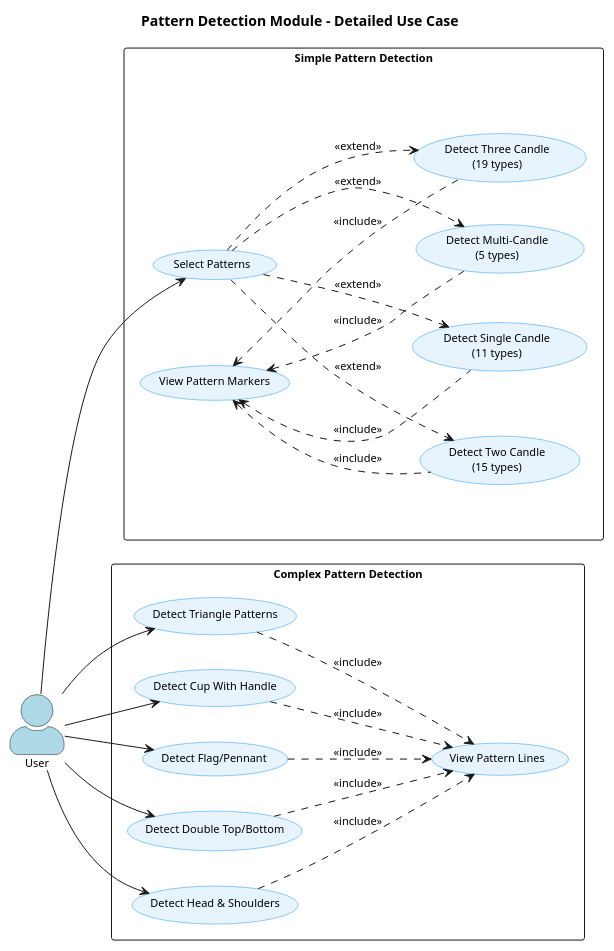
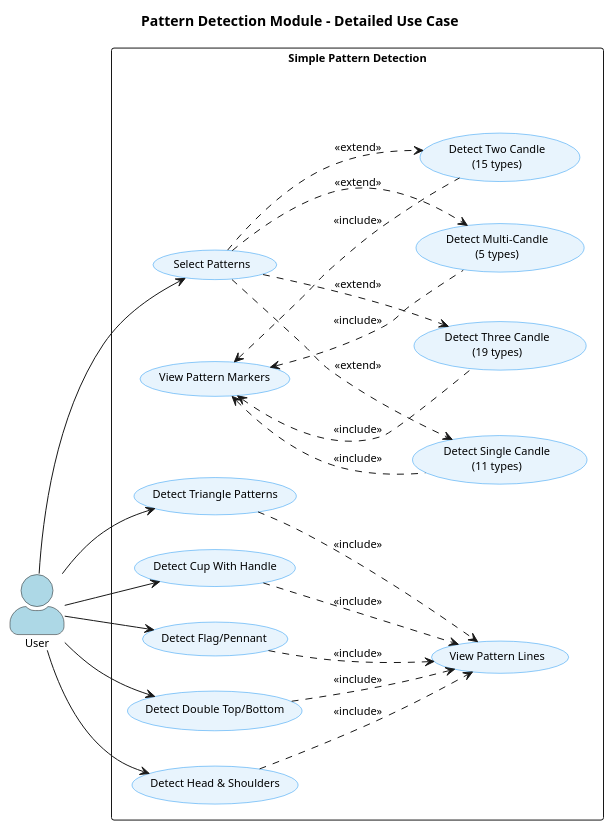
One commit to enel2906/graduation-thesis-diagram changed the diagram in user-case-diagram/04-pattern-detection-use-case.puml. Above: the diagram before and after it, drawn with PlantUML. The commit also changed 38 other files, not shown here.

```diff
--- a/user-case-diagram/04-pattern-detection-use-case.puml
+++ b/user-case-diagram/04-pattern-detection-use-case.puml
@@ -1,56 +1,54 @@
 @startuml Pattern Detection Use Case
 skinparam backgroundColor white
 skinparam actorStyle awesome
 skinparam packageStyle rectangle
 skinparam defaultFontName Arial
 skinparam defaultFontSize 11
 skinparam usecaseBackgroundColor #E8F4FD
 skinparam usecaseBorderColor #2196F3
 
 title Pattern Detection Module - Detailed Use Case
 
 left to right direction
 
 actor "User" as User #LightBlue
 
 rectangle "Simple Pattern Detection" as SPD {
     usecase "Select Patterns" as UC1
     usecase "Detect Single Candle\n(11 types)" as UC2
     usecase "Detect Two Candle\n(15 types)" as UC3
     usecase "Detect Three Candle\n(19 types)" as UC4
     usecase "Detect Multi-Candle\n(5 types)" as UC5
     usecase "View Pattern Markers" as UC6
+    usecase "Detect Cup With Handle" as UC7
+    usecase "Detect Flag/Pennant" as UC8
+    usecase "Detect Double Top/Bottom" as UC9
+    usecase "Detect Head & Shoulders" as UC10
+    usecase "Detect Triangle Patterns" as UC11
+    usecase "View Pattern Lines" as UC12
     
     UC1 ..> UC2 : <<extend>>
     UC1 ..> UC3 : <<extend>>
     UC1 ..> UC4 : <<extend>>
     UC1 ..> UC5 : <<extend>>
     UC6 <.. UC2 : <<include>>
     UC6 <.. UC3 : <<include>>
     UC6 <.. UC4 : <<include>>
     UC6 <.. UC5 : <<include>>
-}
 
-rectangle "Complex Pattern Detection" as CPD {
-    usecase "Detect Cup With Handle" as UC7
-    usecase "Detect Flag/Pennant" as UC8
-    usecase "Detect Double Top/Bottom" as UC9
-    usecase "Detect Head & Shoulders" as UC10
-    usecase "Detect Triangle Patterns" as UC11
-    usecase "View Pattern Lines" as UC12
     
     UC7 ..> UC12 : <<include>>
     UC8 ..> UC12 : <<include>>
     UC9 ..> UC12 : <<include>>
     UC10 ..> UC12 : <<include>>
     UC11 ..> UC12 : <<include>>
 }
 
 User --> UC1
 User --> UC7
 User --> UC8
 User --> UC9
 User --> UC10
 User --> UC11
 
 @enduml
```
